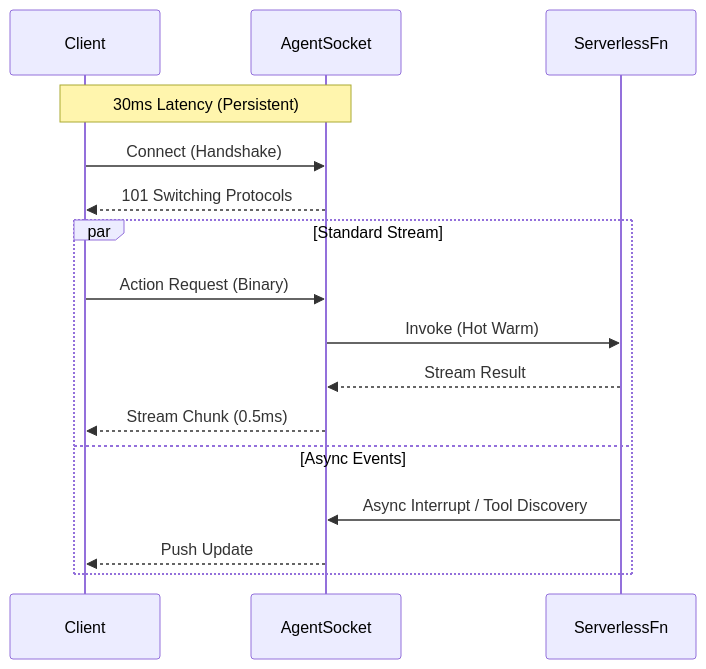
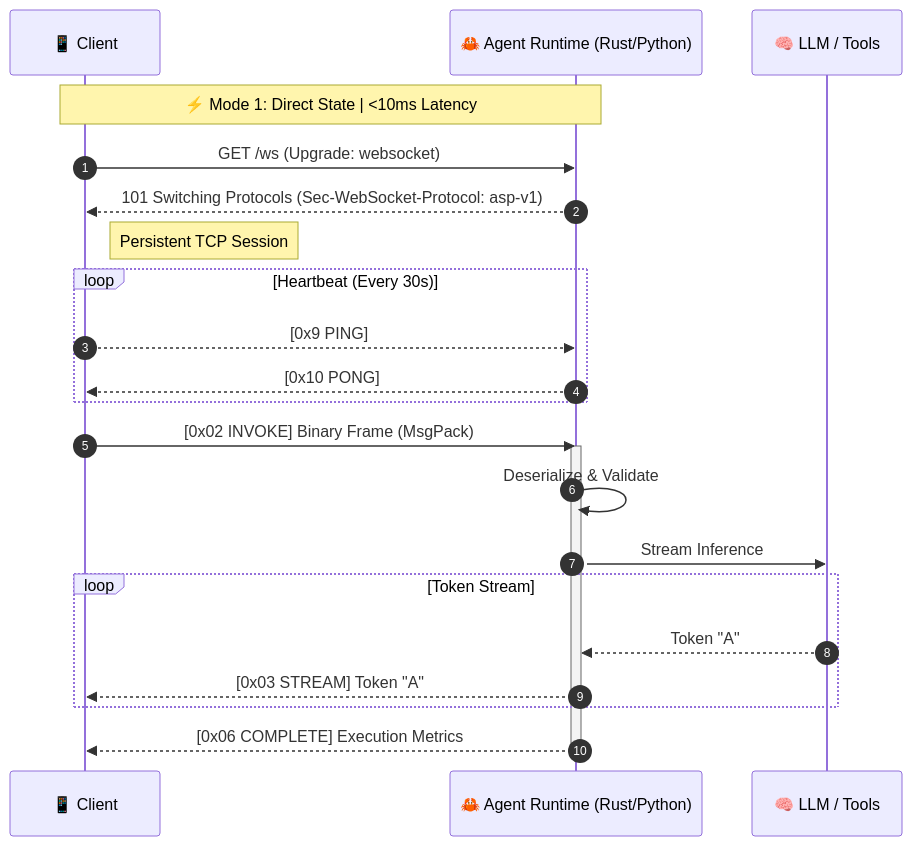
One commit to KG-Strategist/agentsocket changed the first of 2 diagrams in README.md. Above: the diagram before and after it, drawn with Mermaid. The commit also changed other lines of this file, not shown here.

First line of the commit message:
Enhance README with architecture deep dive

````diff
--- a/README.md
+++ b/README.md
@@ -45,20 +34,32 @@
 ```mermaid
 sequenceDiagram
-    participant Client
-    participant AgentSocket
-    participant ServerlessFn
+    autonumber
+    participant C as 📱 Client
+    participant S as 🦀 Agent Runtime (Rust/Python)
+    participant LLM as 🧠 LLM / Tools
+
+    Note over C, S: ⚡ Mode 1: Direct State | <10ms Latency
     
-    Note over Client, AgentSocket: 30ms Latency (Persistent)
-    Client->>AgentSocket: Connect (Handshake)
-    AgentSocket-->>Client: 101 Switching Protocols
+    C->>S: GET /ws (Upgrade: websocket)
+    S-->>C: 101 Switching Protocols (Sec-WebSocket-Protocol: asp-v1)
     
-    par Standard Stream
-        Client->>AgentSocket: Action Request (Binary)
-        AgentSocket->>ServerlessFn: Invoke (Hot Warm)
-        ServerlessFn-->>AgentSocket: Stream Result
-        AgentSocket-->>Client: Stream Chunk (0.5ms)
-    and Async Events
-        ServerlessFn->>AgentSocket: Async Interrupt / Tool Discovery
-        AgentSocket-->>Client: Push Update
+    note right of C: Persistent TCP Session
+        
+    loop Heartbeat (Every 30s)
+        C-->>S: [0x9 PING]
+        S-->>C: [0x10 PONG]
     end
-```
+
+    C->>S: [0x02 INVOKE] Binary Frame (MsgPack)
+    activate S
+    S->>S: Deserialize & Validate
+    S->>LLM: Stream Inference
+    
+    loop Token Stream
+        LLM-->>S: Token "A"
+        S-->>C: [0x03 STREAM] Token "A"
+    end
+    
+    S-->>C: [0x06 COMPLETE] Execution Metrics
+    deactivate S
+```  
````
